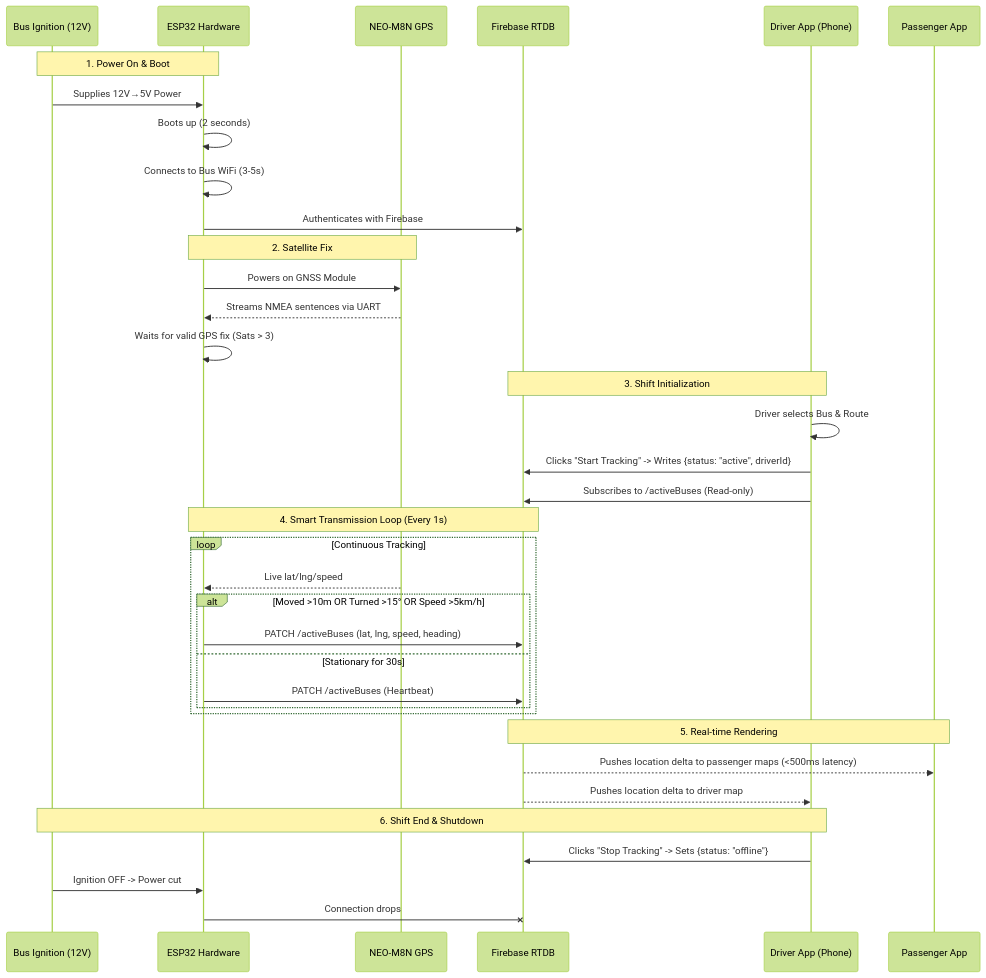
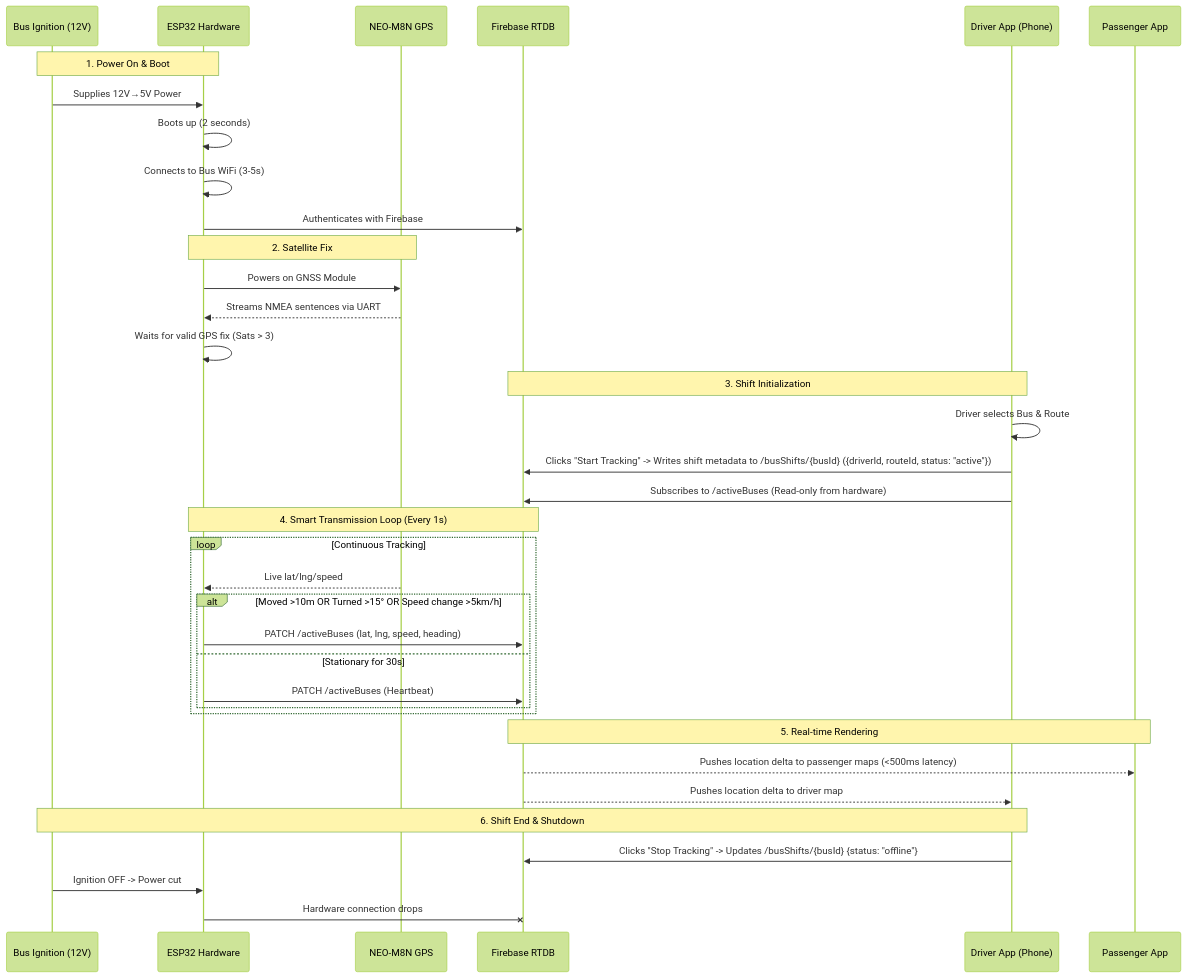
The first of 2 diagrams in docs/WORKFLOW_EXPLANATION.md (notnamansinha/Eki), drawn with Mermaid (forest theme) before and after one commit. The commit also changed other lines of this file and 10 other files, not shown here.

Commit message:
docs: update architecture guides and rebrand BusTrack to Eki

````diff
--- a/docs/WORKFLOW_EXPLANATION.md
+++ b/docs/WORKFLOW_EXPLANATION.md
@@ -9,50 +9,50 @@
 ```mermaid
 sequenceDiagram
     participant B as Bus Ignition (12V)
     participant E as ESP32 Hardware
     participant N as NEO-M8N GPS
     participant R as Firebase RTDB
     participant D as Driver App (Phone)
     participant P as Passenger App
 
     %% Boot Sequence
     Note over B,E: 1. Power On & Boot
     B->>E: Supplies 12V→5V Power
     E->>E: Boots up (2 seconds)
     E->>E: Connects to Bus WiFi (3-5s)
     E->>R: Authenticates with Firebase
     
     %% GPS Acquisition
     Note over E,N: 2. Satellite Fix
     E->>N: Powers on GNSS Module
     N-->>E: Streams NMEA sentences via UART
     E->>E: Waits for valid GPS fix (Sats > 3)
 
     %% Shift Start
     Note over D,R: 3. Shift Initialization
     D->>D: Driver selects Bus & Route
-    D->>R: Clicks "Start Tracking" -> Writes {status: "active", driverId}
-    D->>R: Subscribes to /activeBuses (Read-only)
+    D->>R: Clicks "Start Tracking" -> Writes shift metadata to /busShifts/{busId} ({driverId, routeId, status: "active"})
+    D->>R: Subscribes to /activeBuses (Read-only from hardware)
 
     %% Tracking Loop
     Note over E,R: 4. Smart Transmission Loop (Every 1s)
     loop Continuous Tracking
         N-->>E: Live lat/lng/speed
-        alt Moved >10m OR Turned >15° OR Speed >5km/h
+        alt Moved >10m OR Turned >15° OR Speed change >5km/h
             E->>R: PATCH /activeBuses (lat, lng, speed, heading)
         else Stationary for 30s
             E->>R: PATCH /activeBuses (Heartbeat)
         end
     end
 
     %% Passenger View
     Note over R,P: 5. Real-time Rendering
     R-->>P: Pushes location delta to passenger maps (<500ms latency)
     R-->>D: Pushes location delta to driver map
 
     %% Shift End
     Note over B,D: 6. Shift End & Shutdown
-    D->>R: Clicks "Stop Tracking" -> Sets {status: "offline"}
+    D->>R: Clicks "Stop Tracking" -> Updates /busShifts/{busId} {status: "offline"}
     B->>E: Ignition OFF -> Power cut
-    E-xR: Connection drops
+    E-xR: Hardware connection drops
 ```
````
